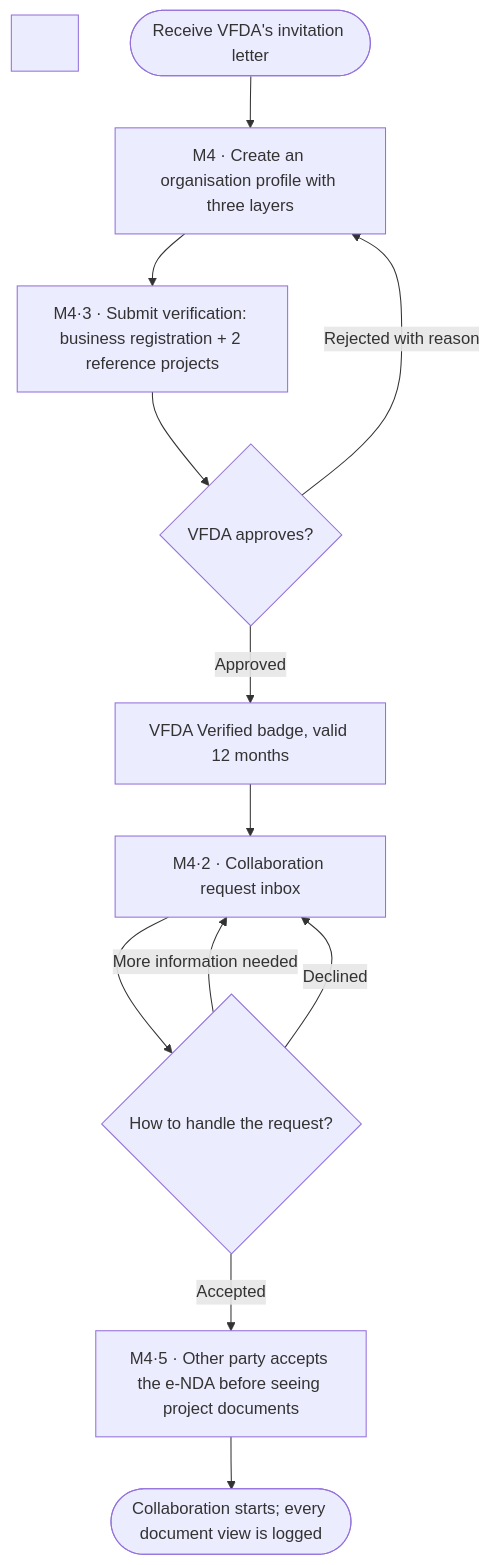
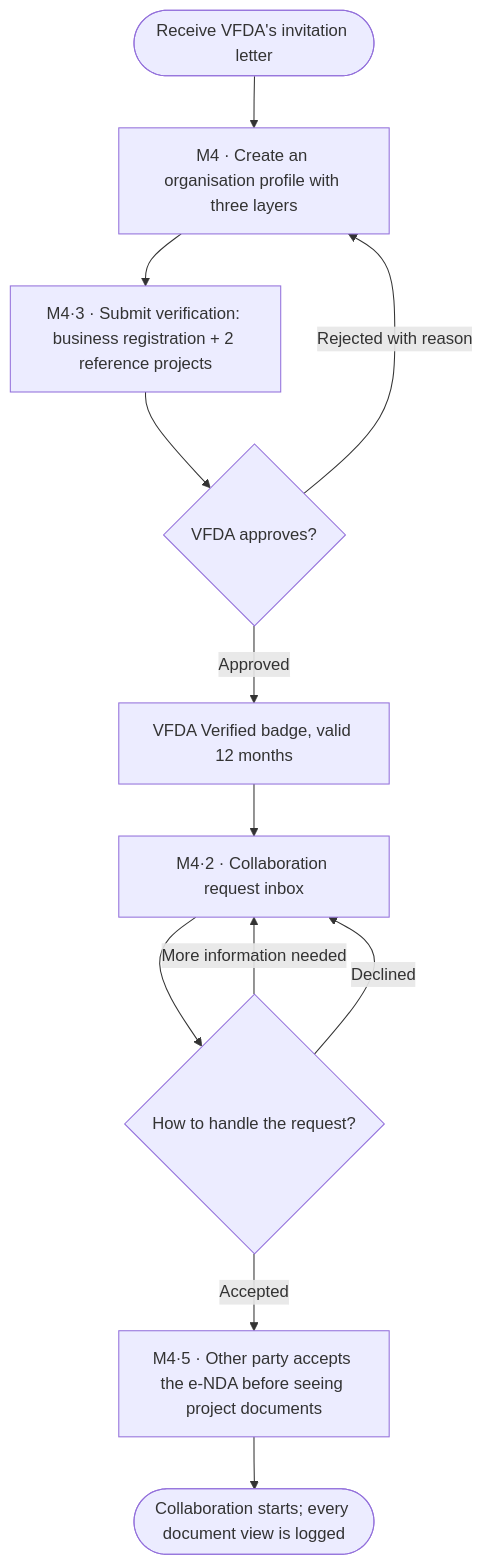
The first of 4 diagrams in docs/spec/spec-M4.md (namnt2005/CINEMATCH-DBIZ3.TeamC), drawn with Mermaid before and after one commit. The commit also changed other lines of this file and 176 other files, not shown here.

````diff
--- a/docs/spec/spec-M4.md
+++ b/docs/spec/spec-M4.md
@@ -101,14 +103,14 @@
 ```mermaid
 flowchart TD
-&nbsp;&nbsp;&nbsp;&nbsp;S([Receive VFDA's invitation letter]) --> P[M4 · Create an organisation profile with three layers]
-&nbsp;&nbsp;&nbsp;&nbsp;P --> V[M4·3 · Submit verification: business registration + 2 reference projects]
-&nbsp;&nbsp;&nbsp;&nbsp;V --> Q1{VFDA approves?}
-&nbsp;&nbsp;&nbsp;&nbsp;Q1 -- Rejected with reason --> P
-&nbsp;&nbsp;&nbsp;&nbsp;Q1 -- Approved --> BADGE[VFDA Verified badge, valid 12 months]
-&nbsp;&nbsp;&nbsp;&nbsp;BADGE --> INBOX[M4·2 · Collaboration request inbox]
-&nbsp;&nbsp;&nbsp;&nbsp;INBOX --> Q2{How to handle the request?}
-&nbsp;&nbsp;&nbsp;&nbsp;Q2 -- More information needed --> INBOX
-&nbsp;&nbsp;&nbsp;&nbsp;Q2 -- Declined --> INBOX
-&nbsp;&nbsp;&nbsp;&nbsp;Q2 -- Accepted --> NDA[M4·5 · Other party accepts the e-NDA before seeing project documents]
-&nbsp;&nbsp;&nbsp;&nbsp;NDA --> E([Collaboration starts; every document view is logged])
+    S([Receive VFDA's invitation letter]) --> P[M4 · Create an organisation profile with three layers]
+    P --> V[M4·3 · Submit verification: business registration + 2 reference projects]
+    V --> Q1{VFDA approves?}
+    Q1 -- Rejected with reason --> P
+    Q1 -- Approved --> BADGE[VFDA Verified badge, valid 12 months]
+    BADGE --> INBOX[M4·2 · Collaboration request inbox]
+    INBOX --> Q2{How to handle the request?}
+    Q2 -- More information needed --> INBOX
+    Q2 -- Declined --> INBOX
+    Q2 -- Accepted --> NDA[M4·5 · Other party accepts the e-NDA before seeing project documents]
+    NDA --> E([Collaboration starts; every document view is logged])
 ```
````
